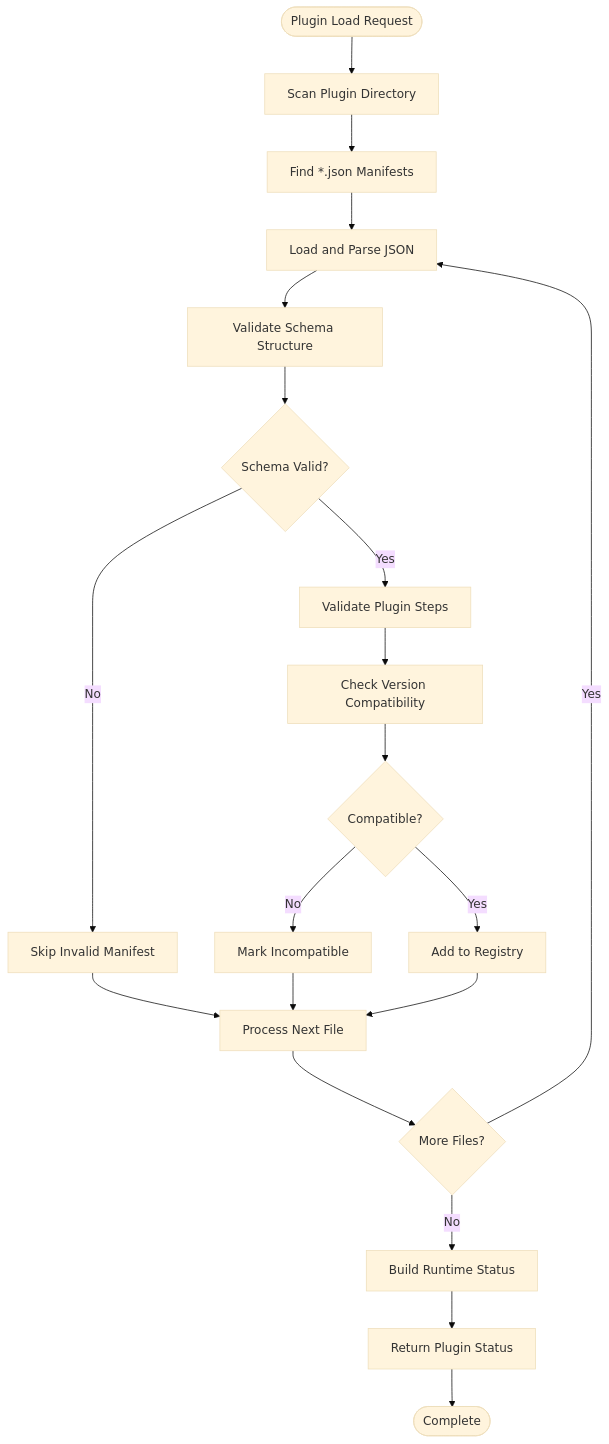
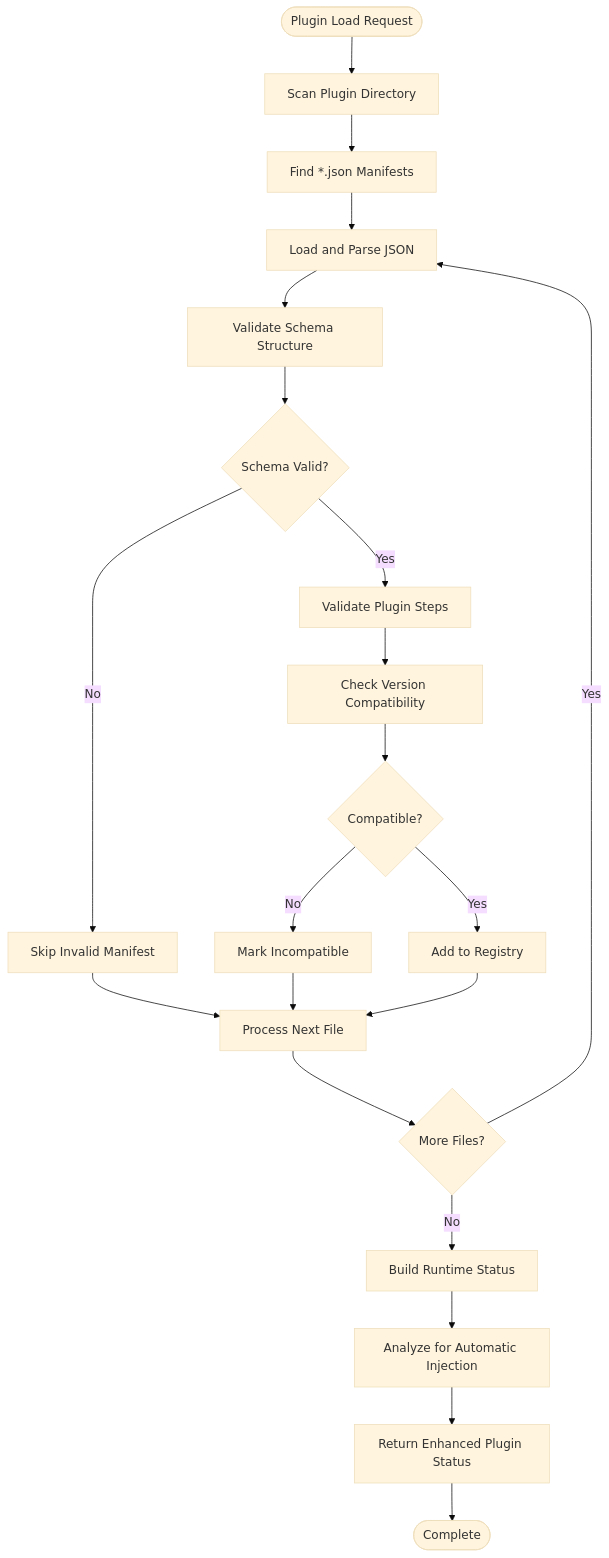
One commit to intellistream/sage-mate changed the fifth of 12 diagrams in .qoder/repowiki/en/content/Integration and Extensions/Capability Plugin System.md. Above: the diagram before and after it, drawn with Mermaid (base theme). The commit also changed other lines of this file and 136 other files, not shown here.

First line of the commit message:
chore: source updates, bidirectional link graph, data and repowiki refresh

````diff
--- a/.qoder/repowiki/en/content/Integration and Extensions/Capability Plugin System.md
+++ b/.qoder/repowiki/en/content/Integration and Extensions/Capability Plugin System.md
@@ -198,22 +296,23 @@
 ```mermaid
 flowchart TD
 Start([Plugin Load Request]) --> ScanDir["Scan Plugin Directory"]
 ScanDir --> FindFiles["Find *.json Manifests"]
 FindFiles --> LoadManifest["Load and Parse JSON"]
 LoadManifest --> ValidateSchema["Validate Schema Structure"]
 ValidateSchema --> SchemaValid{"Schema Valid?"}
 SchemaValid --> |No| SkipFile["Skip Invalid Manifest"]
 SchemaValid --> |Yes| ValidateSteps["Validate Plugin Steps"]
 ValidateSteps --> CheckCompatibility["Check Version Compatibility"]
 CheckCompatibility --> CompatValid{"Compatible?"}
 CompatValid --> |No| MarkIncompatible["Mark Incompatible"]
 CompatValid --> |Yes| AddToRegistry["Add to Registry"]
 SkipFile --> NextFile["Process Next File"]
 MarkIncompatible --> NextFile
 AddToRegistry --> NextFile
 NextFile --> MoreFiles{"More Files?"}
 MoreFiles --> |Yes| LoadManifest
 MoreFiles --> |No| BuildStatus["Build Runtime Status"]
-BuildStatus --> ReturnResults["Return Plugin Status"]
+BuildStatus --> InjectSteps["Analyze for Automatic Injection"]
+InjectSteps --> ReturnResults["Return Enhanced Plugin Status"]
 ReturnResults --> End([Complete])
 ```
````
